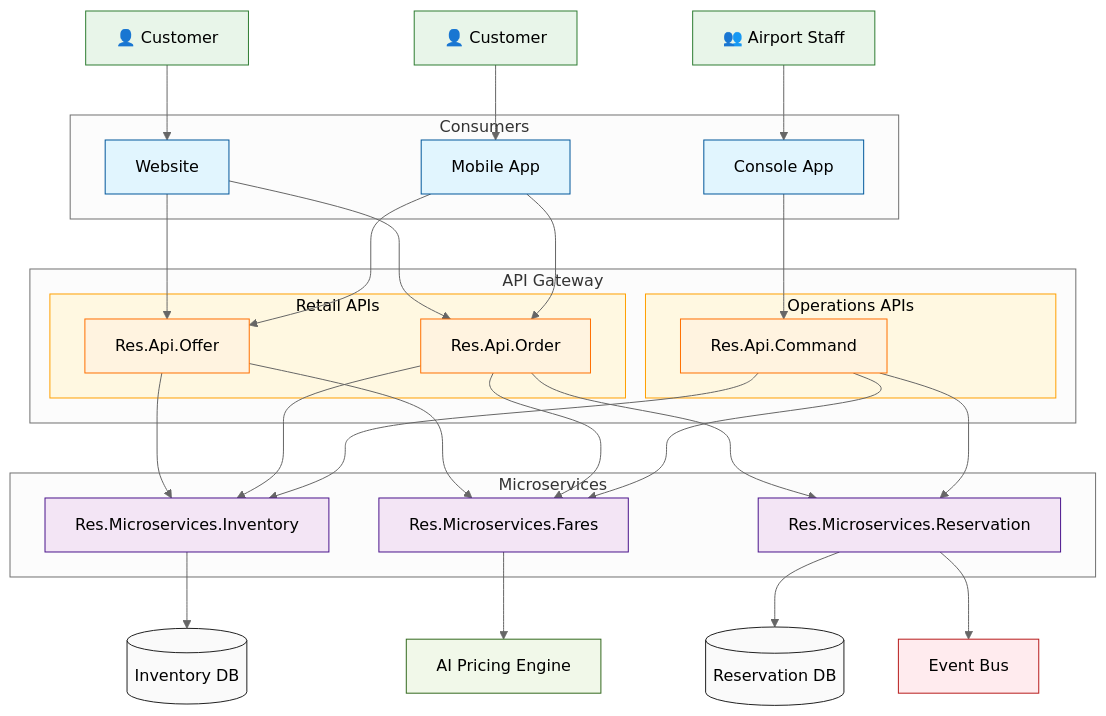
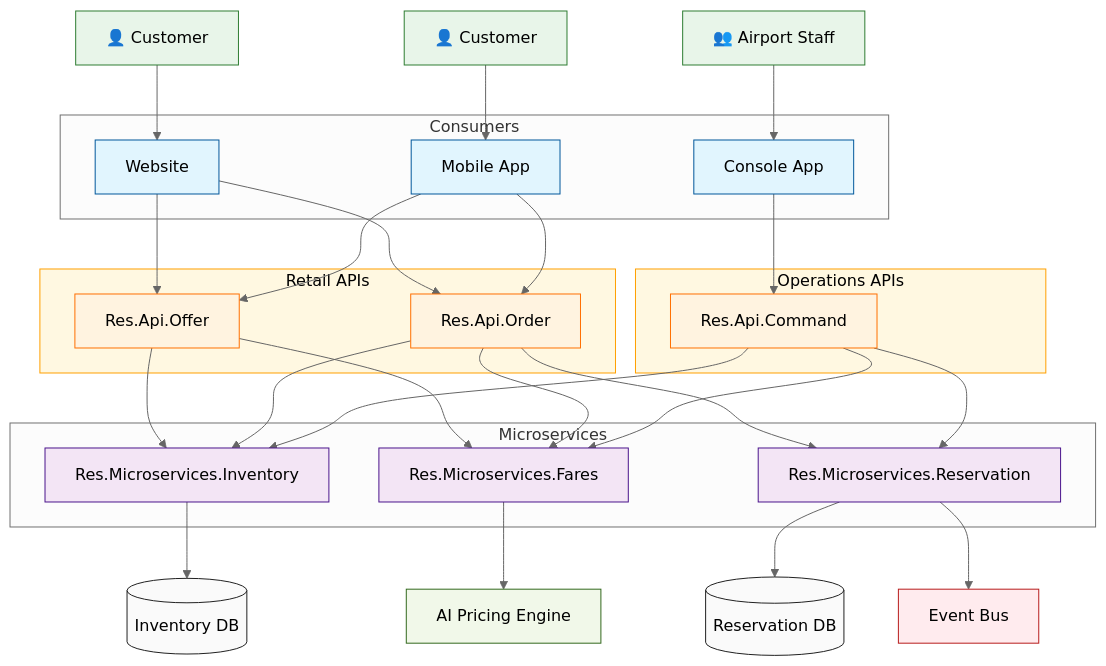
Before and after one commit to sebharvey/ReservationSystem: the diagram in README.md, drawn with Mermaid (neutral theme).

Commit message:
Update to arch diagram

```diff
--- a/README.md
+++ b/README.md
@@ -39,15 +39,13 @@
         Console[Console App]
     end
 
-    %% API Gateway Layer
-    subgraph API_Gateway[API Gateway]
-        subgraph Retail_APIs[Retail APIs]
-            Offer[Res.Api.Offer]
-            Order[Res.Api.Order]
-        end
-        subgraph Ops_APIs[Operations APIs]
-            Command[Res.Api.Command]
-        end
+    %% API Layer
+    subgraph Retail_APIs[Retail APIs]
+        Offer[Res.Api.Offer]
+        Order[Res.Api.Order]
+    end
+    subgraph Ops_APIs[Operations APIs]
+        Command[Res.Api.Command]
     end
 
     %% Microservices Layer
```
